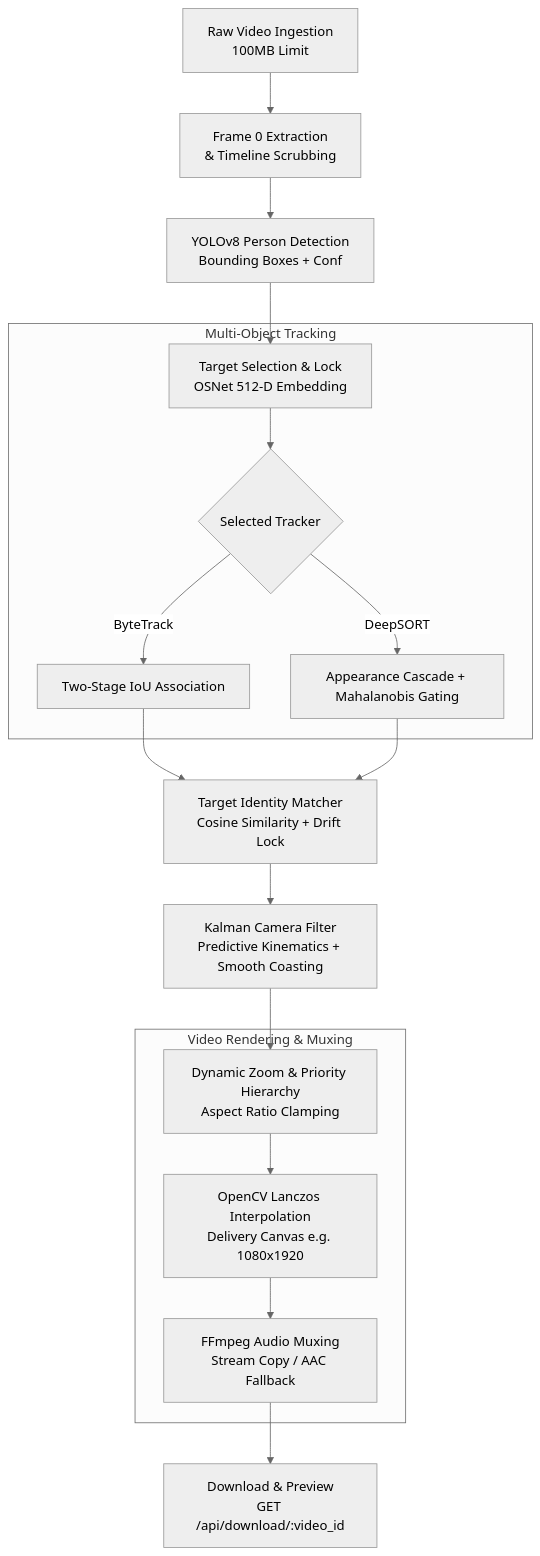
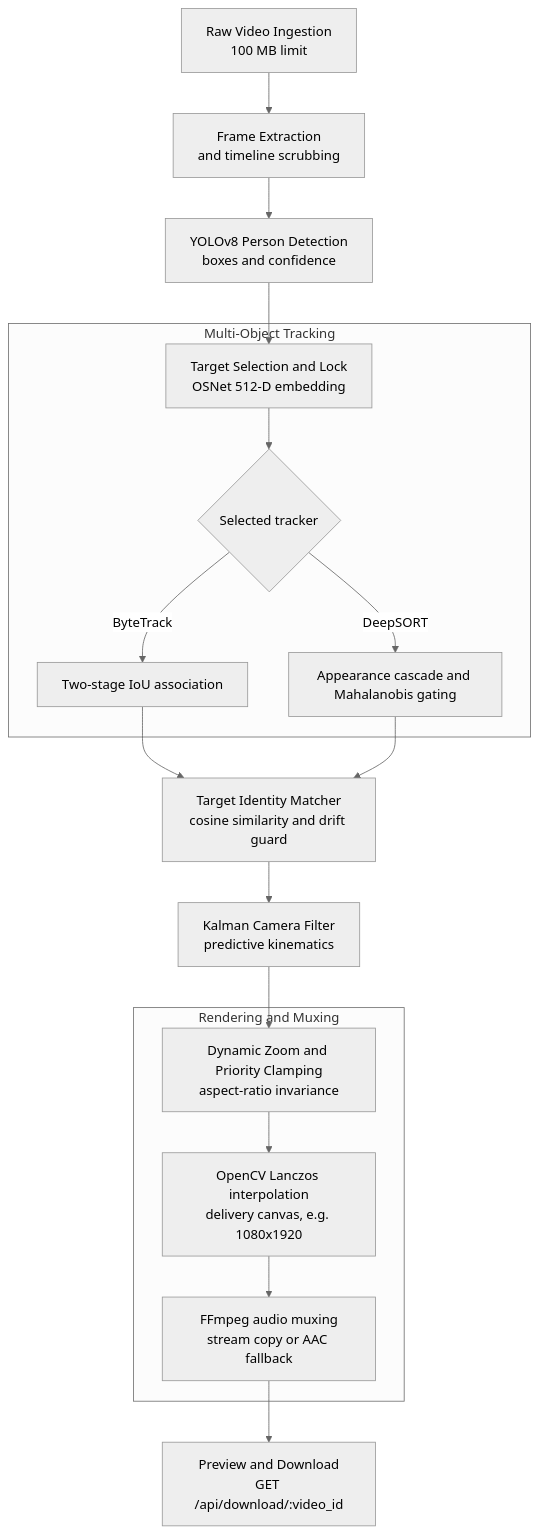
The diagram in README.md (emiljinx-core/FanCam-AI), drawn with Mermaid (neutral theme) before and after one commit. The commit also changed other lines of this file and 1 other file, not shown here.

````diff
--- a/README.md
+++ b/README.md
@@ -42,25 +39,25 @@
 ```mermaid
 flowchart TD
-    A[Raw Video Ingestion\n100MB Limit] --> B[Frame 0 Extraction\n& Timeline Scrubbing]
-    B --> C[YOLOv8 Person Detection\nBounding Boxes + Conf]
-    C --> D[Target Selection & Lock\nOSNet 512-D Embedding]
-    
+    A[Raw Video Ingestion<br/>100 MB limit] --> B[Frame Extraction<br/>and timeline scrubbing]
+    B --> C[YOLOv8 Person Detection<br/>boxes and confidence]
+    C --> D[Target Selection and Lock<br/>OSNet 512-D embedding]
+
     subgraph Multi-Object Tracking
-        D --> E{Selected Tracker}
-        E -->|ByteTrack| F[Two-Stage IoU Association]
-        E -->|DeepSORT| G[Appearance Cascade + Mahalanobis Gating]
+        D --> E{Selected tracker}
+        E -->|ByteTrack| F[Two-stage IoU association]
+        E -->|DeepSORT| G[Appearance cascade and Mahalanobis gating]
     end
 
-    F --> H[Target Identity Matcher\nCosine Similarity + Drift Lock]
+    F --> H[Target Identity Matcher<br/>cosine similarity and drift guard]
     G --> H
-    
-    H --> I[Kalman Camera Filter\nPredictive Kinematics + Smooth Coasting]
-    I --> J[Dynamic Zoom & Priority Hierarchy\nAspect Ratio Clamping]
-    
-    subgraph Video Rendering & Muxing
-        J --> K[OpenCV Lanczos Interpolation\nDelivery Canvas e.g. 1080x1920]
-        K --> L[FFmpeg Audio Muxing\nStream Copy / AAC Fallback]
+
+    H --> I[Kalman Camera Filter<br/>predictive kinematics]
+    I --> J[Dynamic Zoom and Priority Clamping<br/>aspect-ratio invariance]
+
+    subgraph Rendering and Muxing
+        J --> K[OpenCV Lanczos interpolation<br/>delivery canvas, e.g. 1080x1920]
+        K --> L[FFmpeg audio muxing<br/>stream copy or AAC fallback]
     end
 
-    L --> M[Download & Preview\nGET /api/download/:video_id]
+    L --> M[Preview and Download<br/>GET /api/download/:video_id]
 ```
````
